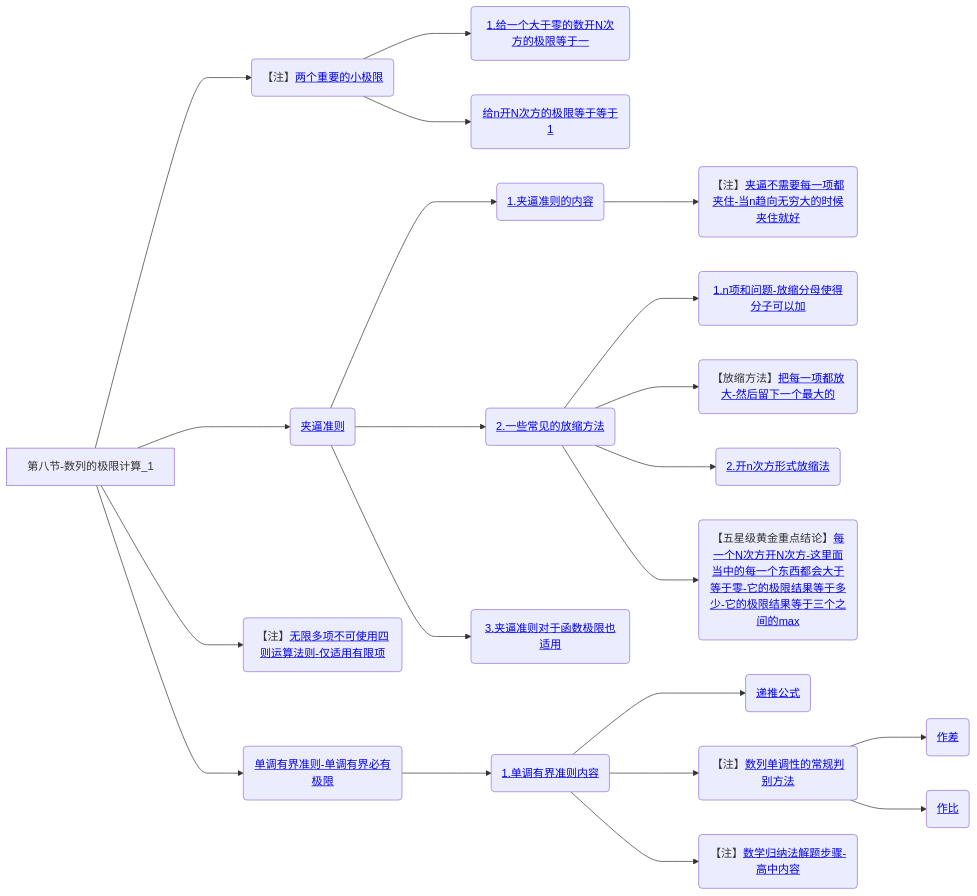
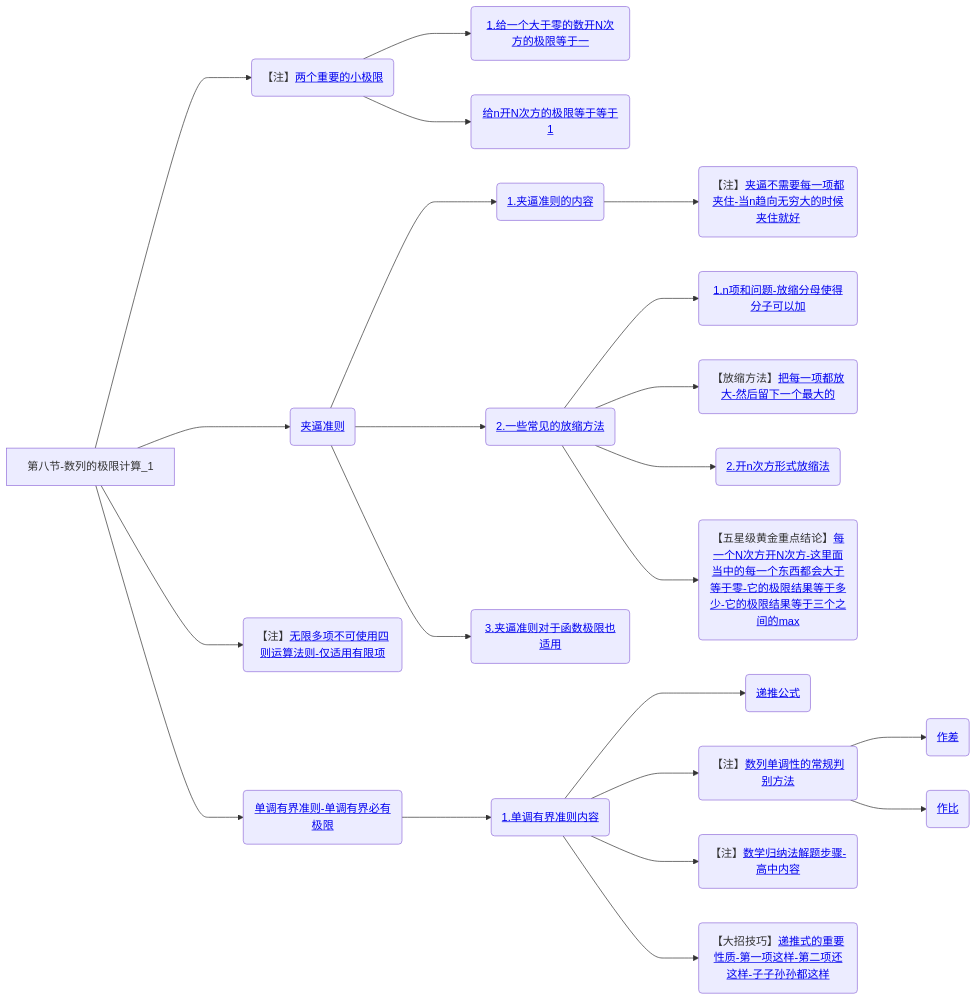
The eighth of 8 diagrams in 笔记/数学/周洋鑫/01.基础班思维导图.md (yuebinghui/note), drawn with Mermaid before and after one commit. The commit also changed 12 other files, not shown here.

````diff
--- a/笔记/数学/周洋鑫/01.基础班思维导图.md
+++ b/笔记/数学/周洋鑫/01.基础班思维导图.md
@@ -311,31 +311,32 @@
 ```mermaid
 graph LR
 第八节-数列的极限计算_1
 
 第八节-数列的极限计算_1--->两个重要的小极限(【注】<a href="/Users/yuebinghui/Documents/program/github/note/笔记/数学/周洋鑫/基础班/08.数列的极限计算_1.md#两个重要的小极限">两个重要的小极限</>)
 两个重要的小极限--->1.给一个大于零的数开N次方的极限等于一(<a href="/Users/yuebinghui/Documents/program/github/note/笔记/数学/周洋鑫/基础班/08.数列的极限计算_1.md#1.给一个大于零的数开N次方的极限等于一">1.给一个大于零的数开N次方的极限等于一</>)
 两个重要的小极限--->给n开N次方的极限等于等于1(<a href="/Users/yuebinghui/Documents/program/github/note/笔记/数学/周洋鑫/基础班/08.数列的极限计算_1.md#给n开N次方的极限等于等于1">给n开N次方的极限等于等于1</>)
 
 第八节-数列的极限计算_1--->夹逼准则(<a href="/Users/yuebinghui/Documents/program/github/note/笔记/数学/周洋鑫/基础班/08.数列的极限计算_1.md#夹逼准则">夹逼准则</>)
 夹逼准则--->1.夹逼准则的内容(<a href="/Users/yuebinghui/Documents/program/github/note/笔记/数学/周洋鑫/基础班/08.数列的极限计算_1.md#1.夹逼准则的内容">1.夹逼准则的内容</>)
 1.夹逼准则的内容--->夹逼不需要每一项都夹住-当n趋向无穷大的时候夹住就好(【注】<a href="/Users/yuebinghui/Documents/program/github/note/笔记/数学/周洋鑫/基础班/08.数列的极限计算_1.md#夹逼不需要每一项都夹住-当n趋向无穷大的时候夹住就好">夹逼不需要每一项都夹住-当n趋向无穷大的时候夹住就好</>)
 
 第八节-数列的极限计算_1--->无限多项不可使用四则运算法则-仅适用有限项(【注】<a href="/Users/yuebinghui/Documents/program/github/note/笔记/数学/周洋鑫/基础班/08.数列的极限计算_1.md#无限多项不可使用四则运算法则-仅适用有限项">无限多项不可使用四则运算法则-仅适用有限项</>)
 
 夹逼准则--->2.一些常见的放缩方法(<a href="/Users/yuebinghui/Documents/program/github/note/笔记/数学/周洋鑫/基础班/08.数列的极限计算_1.md#2.一些常见的放缩方法">2.一些常见的放缩方法</>)
 2.一些常见的放缩方法--->1.n项和问题-放缩分母使得分子可以加(<a href="/Users/yuebinghui/Documents/program/github/note/笔记/数学/周洋鑫/基础班/08.数列的极限计算_1.md#1.n项和问题-放缩分母使得分子可以加">1.n项和问题-放缩分母使得分子可以加</>)
 2.一些常见的放缩方法--->把每一项都放大-然后留下一个最大的(【放缩方法】<a href="/Users/yuebinghui/Documents/program/github/note/笔记/数学/周洋鑫/基础班/08.数列的极限计算_1.md#把每一项都放大-然后留下一个最大的">把每一项都放大-然后留下一个最大的</>)
 2.一些常见的放缩方法--->2.开n次方形式放缩法(<a href="/Users/yuebinghui/Documents/program/github/note/笔记/数学/周洋鑫/基础班/08.数列的极限计算_1.md#2.开n次方形式放缩法">2.开n次方形式放缩法</>)
 2.一些常见的放缩方法--->每一个N次方开N次方-这里面当中的每一个东西都会大于等于零-它的极限结果等于多少-它的极限结果等于三个之间的max(【五星级黄金重点结论】<a href="/Users/yuebinghui/Documents/program/github/note/笔记/数学/周洋鑫/基础班/08.数列的极限计算_1.md#每一个N次方开N次方-这里面当中的每一个东西都会大于等于零-它的极限结果等于多少-它的极限结果等于三个之间的max">每一个N次方开N次方-这里面当中的每一个东西都会大于等于零-它的极限结果等于多少-它的极限结果等于三个之间的max</>)
 
 夹逼准则--->3.夹逼准则对于函数极限也适用(<a href="/Users/yuebinghui/Documents/program/github/note/笔记/数学/周洋鑫/基础班/08.数列的极限计算_1.md#3.夹逼准则对于函数极限也适用">3.夹逼准则对于函数极限也适用</>)
 
 第八节-数列的极限计算_1--->单调有界准则-单调有界必有极限(<a href="/Users/yuebinghui/Documents/program/github/note/笔记/数学/周洋鑫/基础班/08.数列的极限计算_1.md#单调有界准则-单调有界必有极限">单调有界准则-单调有界必有极限</>)
 单调有界准则-单调有界必有极限--->1.单调有界准则内容(<a href="/Users/yuebinghui/Documents/program/github/note/笔记/数学/周洋鑫/基础班/08.数列的极限计算_1.md#1.单调有界准则内容">1.单调有界准则内容</>)
 1.单调有界准则内容--->递推公式(<a href="/Users/yuebinghui/Documents/program/github/note/笔记/数学/周洋鑫/基础班/08.数列的极限计算_1.md#递推公式">递推公式</>)
 1.单调有界准则内容--->数列单调性的常规判别方法(【注】<a href="/Users/yuebinghui/Documents/program/github/note/笔记/数学/周洋鑫/基础班/08.数列的极限计算_1.md#数列单调性的常规判别方法">数列单调性的常规判别方法</>)
 数列单调性的常规判别方法--->作差(<a href="/Users/yuebinghui/Documents/program/github/note/笔记/数学/周洋鑫/基础班/08.数列的极限计算_1.md#作差">作差</>)
 数列单调性的常规判别方法--->作比(<a href="/Users/yuebinghui/Documents/program/github/note/笔记/数学/周洋鑫/基础班/08.数列的极限计算_1.md#作比">作比</>)
 1.单调有界准则内容--->数学归纳法解题步骤-高中内容(【注】<a href="/Users/yuebinghui/Documents/program/github/note/笔记/数学/周洋鑫/基础班/08.数列的极限计算_1.md#数学归纳法解题步骤-高中内容">数学归纳法解题步骤-高中内容</>)
+1.单调有界准则内容--->递推式的重要性质-第一项这样-第二项还这样-子子孙孙都这样(【大招技巧】<a href="/Users/yuebinghui/Documents/program/github/note/笔记/数学/周洋鑫/基础班/08.数列的极限计算_1.md#递推式的重要性质-第一项这样-第二项还这样-子子孙孙都这样">递推式的重要性质-第一项这样-第二项还这样-子子孙孙都这样</>)
 
 ```
````
